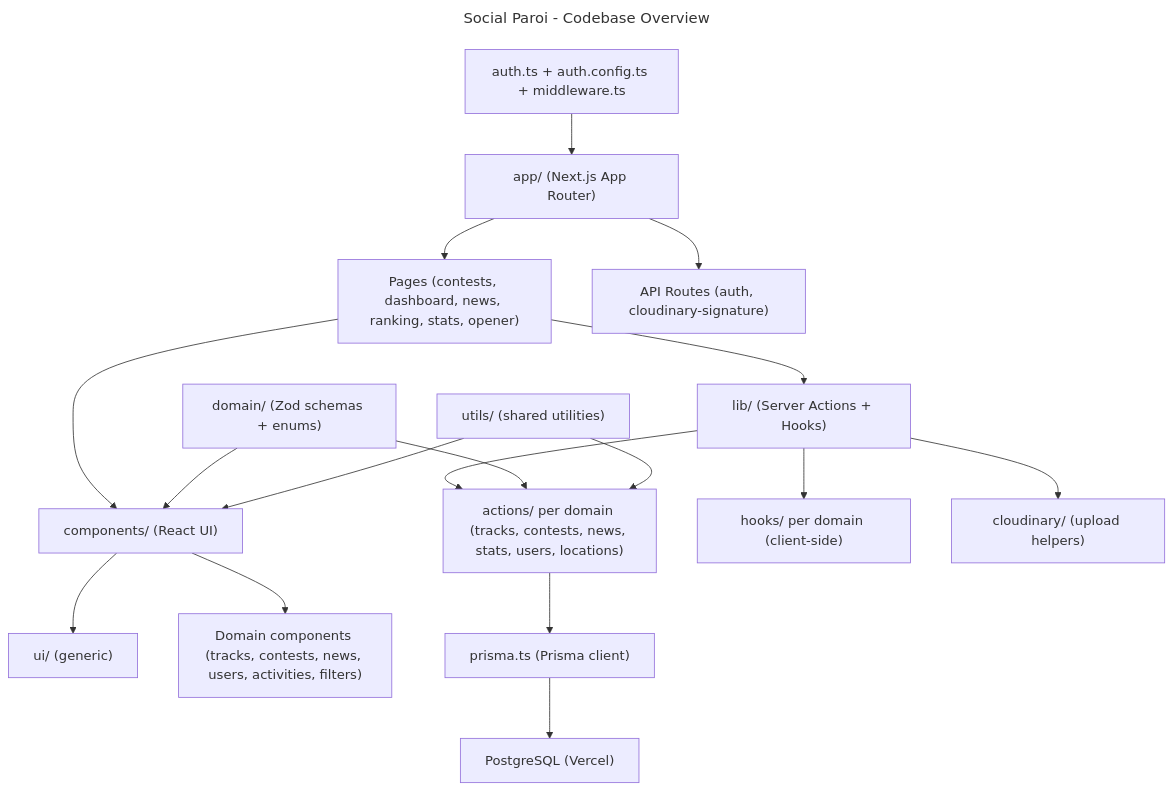
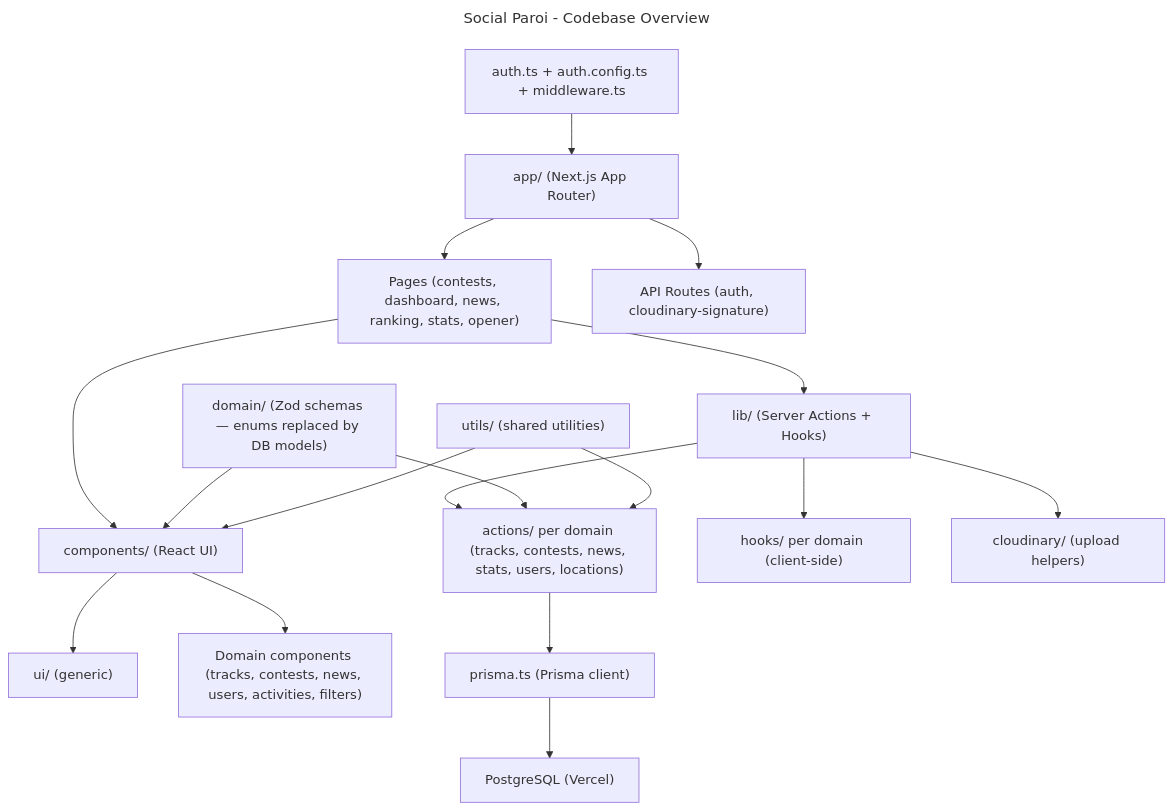
The diagram in aidd_docs/memory/codebase_map.md (jfaussion/Social-paroi), drawn with Mermaid before and after one commit. The commit also changed 45 other files, not shown here.

````diff
--- a/aidd_docs/memory/codebase_map.md
+++ b/aidd_docs/memory/codebase_map.md
@@ -9,22 +9,22 @@
 ```mermaid
 ---
 title: Social Paroi - Codebase Overview
 ---
 flowchart TD
     AppRouter["app/ (Next.js App Router)"] --> Pages["Pages (contests, dashboard, news, ranking, stats, opener)"]
     AppRouter --> APIRoutes["API Routes (auth, cloudinary-signature)"]
     Pages --> Components["components/ (React UI)"]
     Components --> UILib["ui/ (generic)"]
     Components --> DomainComponents["Domain components (tracks, contests, news, users, activities, filters)"]
     Pages --> LibLayer["lib/ (Server Actions + Hooks)"]
     LibLayer --> Actions["actions/ per domain (tracks, contests, news, stats, users, locations)"]
     LibLayer --> Hooks["hooks/ per domain (client-side)"]
     LibLayer --> CloudinaryLib["cloudinary/ (upload helpers)"]
     Actions --> PrismaClient["prisma.ts (Prisma client)"]
     PrismaClient --> DB["PostgreSQL (Vercel)"]
-    Domain["domain/ (Zod schemas + enums)"] --> Actions
+    Domain["domain/ (Zod schemas — enums replaced by DB models)"] --> Actions
     Domain --> Components
     Utils["utils/ (shared utilities)"] --> Actions
     Utils --> Components
     Auth["auth.ts + auth.config.ts + middleware.ts"] --> AppRouter
 ```
````
